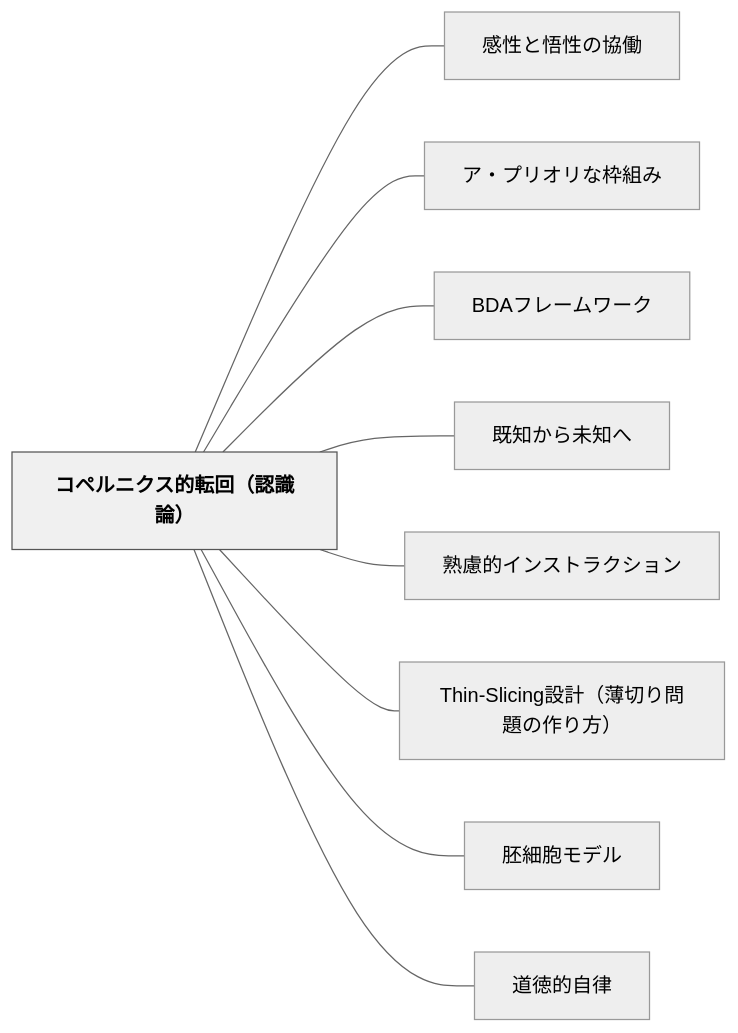
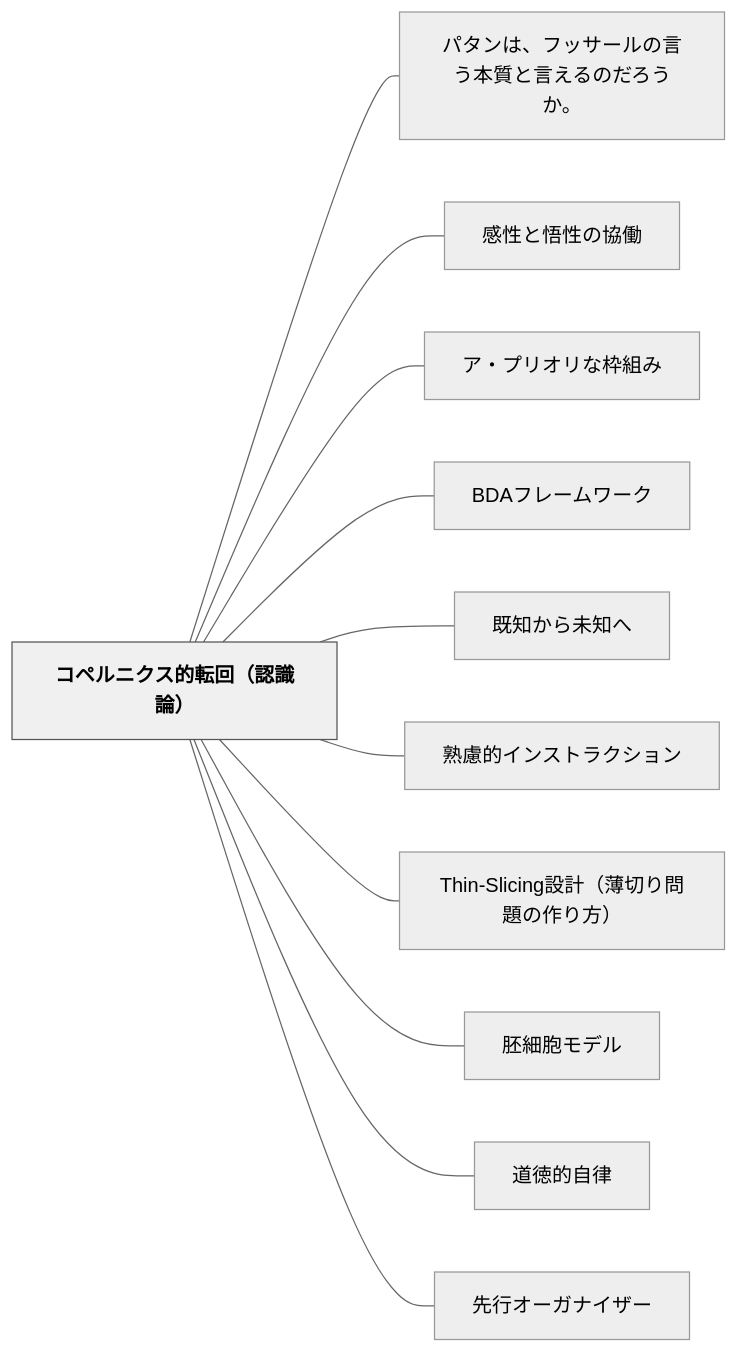
The diagram in content/パタン/コペルニクス的転回（認識論）.md (unknownthings-ed-patterns/unknownthings-ed-patterns), drawn with Mermaid (neutral theme) before and after one commit. The commit also changed other lines of this file and 5 other files, not shown here.

````diff
--- a/content/パタン/コペルニクス的転回（認識論）.md
+++ b/content/パタン/コペルニクス的転回（認識論）.md
@@ -127,24 +129,28 @@
 ```mermaid
 flowchart LR
     ne382b3e3839ae383abe3838be382afe382b9e79a84e8bba2e59b9eefbc88e8aa8de8ad98e8ab96efbc89["コペルニクス的転回（認識論）"]
+    ne38391e382bfe383b3e381afe38081e38395e38383e382b5e383bce383abe381aee8a880e38186e69cace8b3aae381a8e8a880e38188e3828be381aee381a0e3828de38186e3818be38082["パタンは、フッサールの言う本質と言えるのだろうか。"]
     ne6849fe680a7e381a8e6829fe680a7e381aee58d94e5838d["感性と悟性の協働"]
     ne382a2e383bbe38397e383aae382aae383aae381aae69ea0e7b584e381bf["ア・プリオリな枠組み"]
     n424441e38395e383ace383bce383a0e383afe383bce382af["BDAフレームワーク"]
     ne697a2e79fa5e3818be38289e69caae79fa5e381b8["既知から未知へ"]
     ne7869fe685aee79a84e382a4e383b3e382b9e38388e383a9e382afe382b7e383a7e383b3["熟慮的インストラクション"]
     n5468696e2d536c6963696e67e8a8ade8a888efbc88e89684e58887e3828ae5958fe9a18ce381aee4bd9ce3828ae696b9efbc89["Thin-Slicing設計（薄切り問題の作り方）"]
     ne8839ae7b4b0e8839ee383a2e38387e383ab["胚細胞モデル"]
     ne98193e5beb3e79a84e887aae5be8b["道徳的自律"]
+    ne58588e8a18ce382aae383bce382ace3838ae382a4e382b6e383bc["先行オーガナイザー"]
 
+    ne382b3e3839ae383abe3838be382afe382b9e79a84e8bba2e59b9eefbc88e8aa8de8ad98e8ab96efbc89 --- ne38391e382bfe383b3e381afe38081e38395e38383e382b5e383bce383abe381aee8a880e38186e69cace8b3aae381a8e8a880e38188e3828be381aee381a0e3828de38186e3818be38082
     ne382b3e3839ae383abe3838be382afe382b9e79a84e8bba2e59b9eefbc88e8aa8de8ad98e8ab96efbc89 --- ne6849fe680a7e381a8e6829fe680a7e381aee58d94e5838d
     ne382b3e3839ae383abe3838be382afe382b9e79a84e8bba2e59b9eefbc88e8aa8de8ad98e8ab96efbc89 --- ne382a2e383bbe38397e383aae382aae383aae381aae69ea0e7b584e381bf
     ne382b3e3839ae383abe3838be382afe382b9e79a84e8bba2e59b9eefbc88e8aa8de8ad98e8ab96efbc89 --- n424441e38395e383ace383bce383a0e383afe383bce382af
     ne382b3e3839ae383abe3838be382afe382b9e79a84e8bba2e59b9eefbc88e8aa8de8ad98e8ab96efbc89 --- ne697a2e79fa5e3818be38289e69caae79fa5e381b8
     ne382b3e3839ae383abe3838be382afe382b9e79a84e8bba2e59b9eefbc88e8aa8de8ad98e8ab96efbc89 --- ne7869fe685aee79a84e382a4e383b3e382b9e38388e383a9e382afe382b7e383a7e383b3
     ne382b3e3839ae383abe3838be382afe382b9e79a84e8bba2e59b9eefbc88e8aa8de8ad98e8ab96efbc89 --- n5468696e2d536c6963696e67e8a8ade8a888efbc88e89684e58887e3828ae5958fe9a18ce381aee4bd9ce3828ae696b9efbc89
     ne382b3e3839ae383abe3838be382afe382b9e79a84e8bba2e59b9eefbc88e8aa8de8ad98e8ab96efbc89 --- ne8839ae7b4b0e8839ee383a2e38387e383ab
     ne382b3e3839ae383abe3838be382afe382b9e79a84e8bba2e59b9eefbc88e8aa8de8ad98e8ab96efbc89 --- ne98193e5beb3e79a84e887aae5be8b
+    ne382b3e3839ae383abe3838be382afe382b9e79a84e8bba2e59b9eefbc88e8aa8de8ad98e8ab96efbc89 --- ne58588e8a18ce382aae383bce382ace3838ae382a4e382b6e383bc
 
     classDef hub fill:#f0f0f0,stroke:#555,color:#000,font-weight:bold
     class ne382b3e3839ae383abe3838be382afe382b9e79a84e8bba2e59b9eefbc88e8aa8de8ad98e8ab96efbc89 hub
 ```
````
